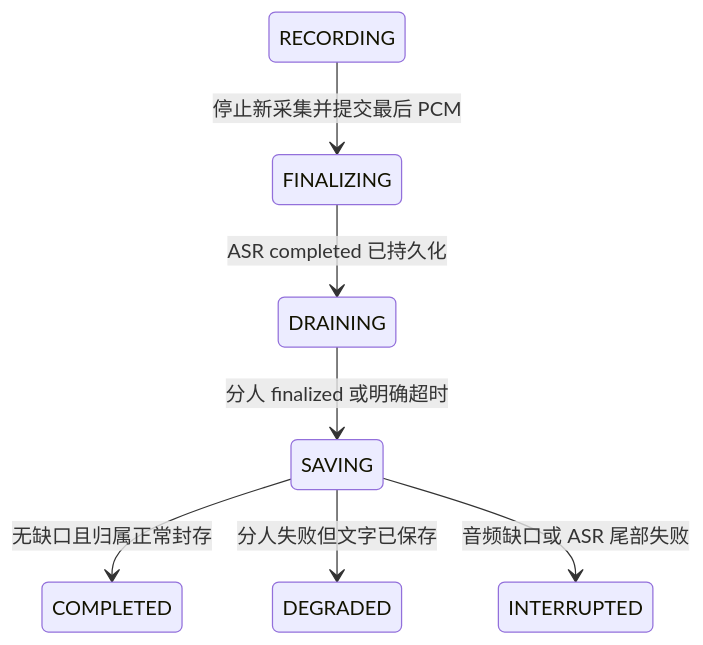
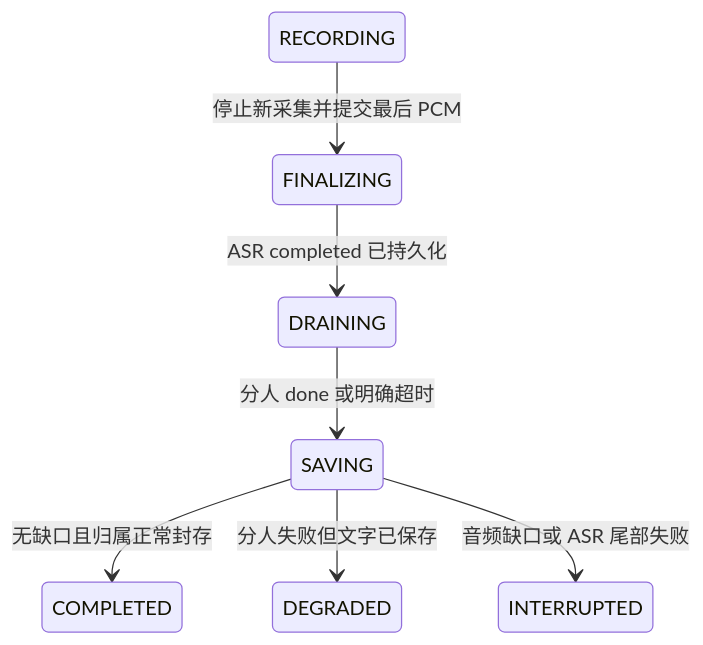
One commit to hrygo/sona changed the diagram in docs/architecture/speaker-diarization-e2e-design.md. Above: the diagram before and after it, drawn with Mermaid. The commit also changed other lines of this file and 69 other files, not shown here.

````diff
--- a/docs/architecture/speaker-diarization-e2e-design.md
+++ b/docs/architecture/speaker-diarization-e2e-design.md
@@ -191,9 +214,9 @@
 ```mermaid
 stateDiagram-v2
     RECORDING --> FINALIZING: 停止新采集并提交最后 PCM
     FINALIZING --> DRAINING: ASR completed 已持久化
-    DRAINING --> SAVING: 分人 finalized 或明确超时
+    DRAINING --> SAVING: 分人 done 或明确超时
     SAVING --> COMPLETED: 无缺口且归属正常封存
     SAVING --> DEGRADED: 分人失败但文字已保存
     SAVING --> INTERRUPTED: 音频缺口或 ASR 尾部失败
 ```
````
